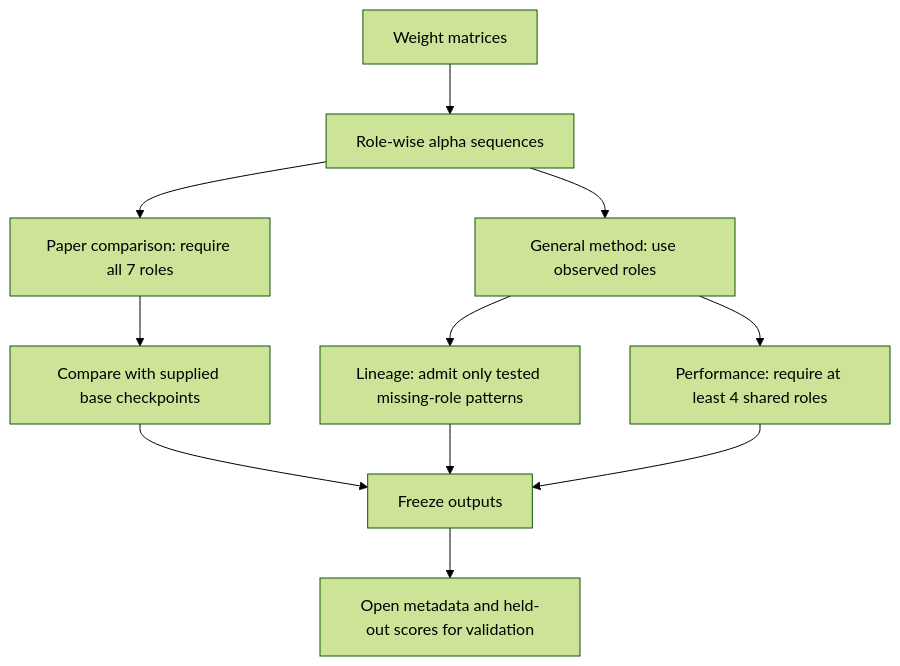
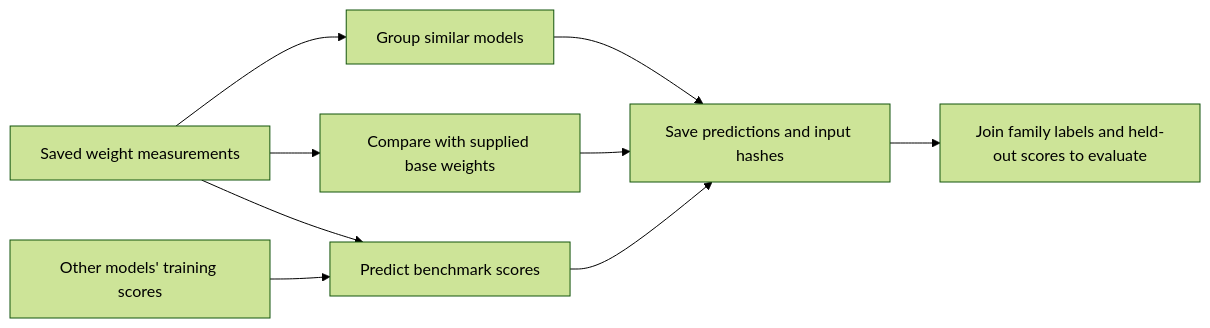
Before and after one commit to RpM-Kinshuk/Model-Research: the first of 2 diagrams in docs/HTSR_STUDY.md, drawn with Mermaid (forest theme). The commit also changed other lines of this file and 32 other files, not shown here.

````diff
--- a/docs/HTSR_STUDY.md
+++ b/docs/HTSR_STUDY.md
@@ -54,13 +75,11 @@
 ```mermaid
-flowchart TB
-    W[Weight matrices] --> A[Role-wise alpha sequences]
-    A --> P[Paper comparison: require all 7 roles]
-    A --> G[General method: use observed roles]
-    P --> B[Compare with supplied base checkpoints]
-    G --> L[Lineage: admit only tested missing-role patterns]
-    G --> R[Performance: require at least 4 shared roles]
-    B --> F[Freeze outputs]
-    L --> F
-    R --> F
-    F --> V[Open metadata and held-out scores for validation]
+flowchart LR
+    W[Saved weight measurements] --> G[Group similar models]
+    W --> B[Compare with supplied base weights]
+    W --> P[Predict benchmark scores]
+    T[Other models' training scores] --> P
+    G --> F[Save predictions and input hashes]
+    B --> F
+    P --> F
+    F --> V[Join family labels and held-out scores to evaluate]
 ```
````
